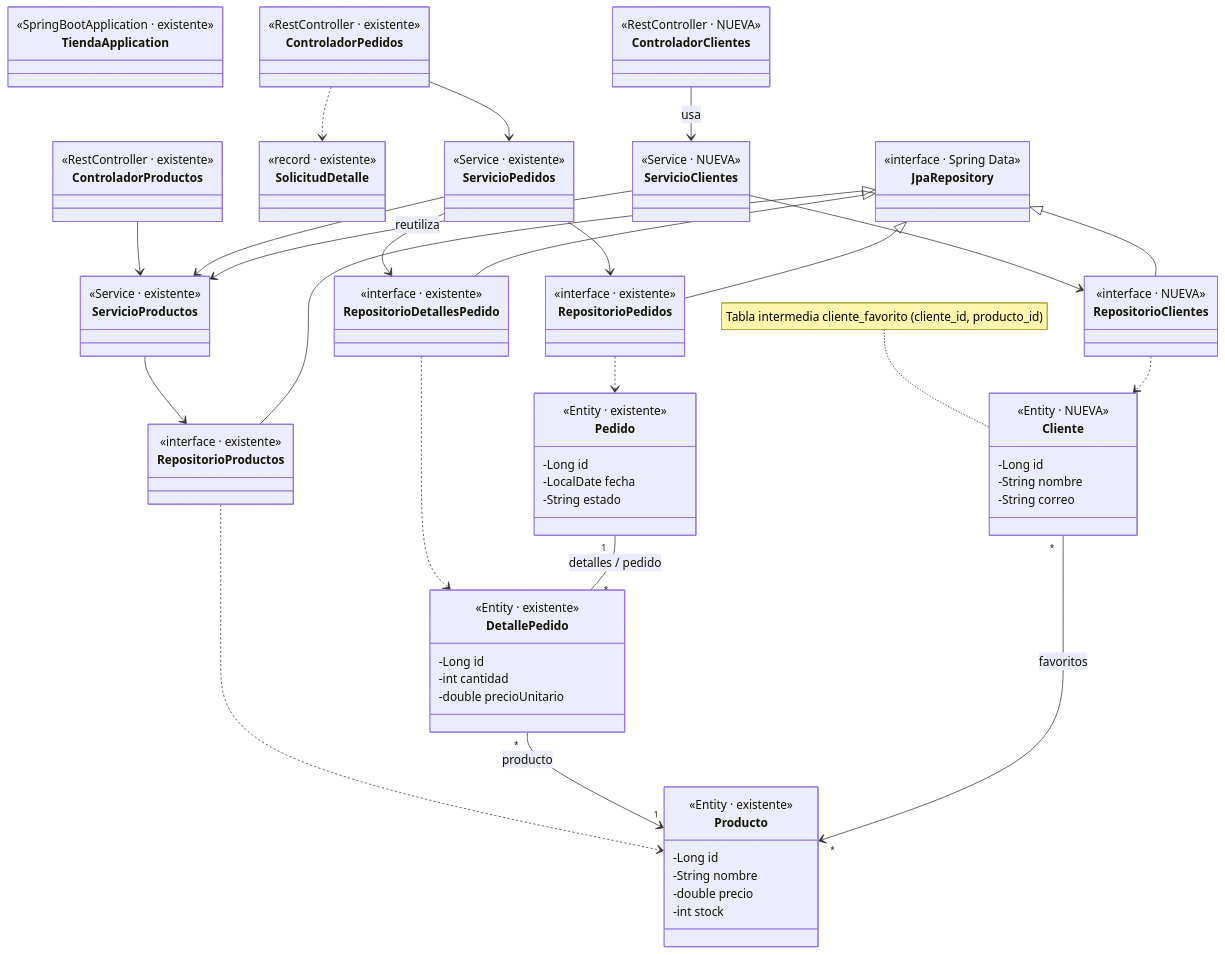
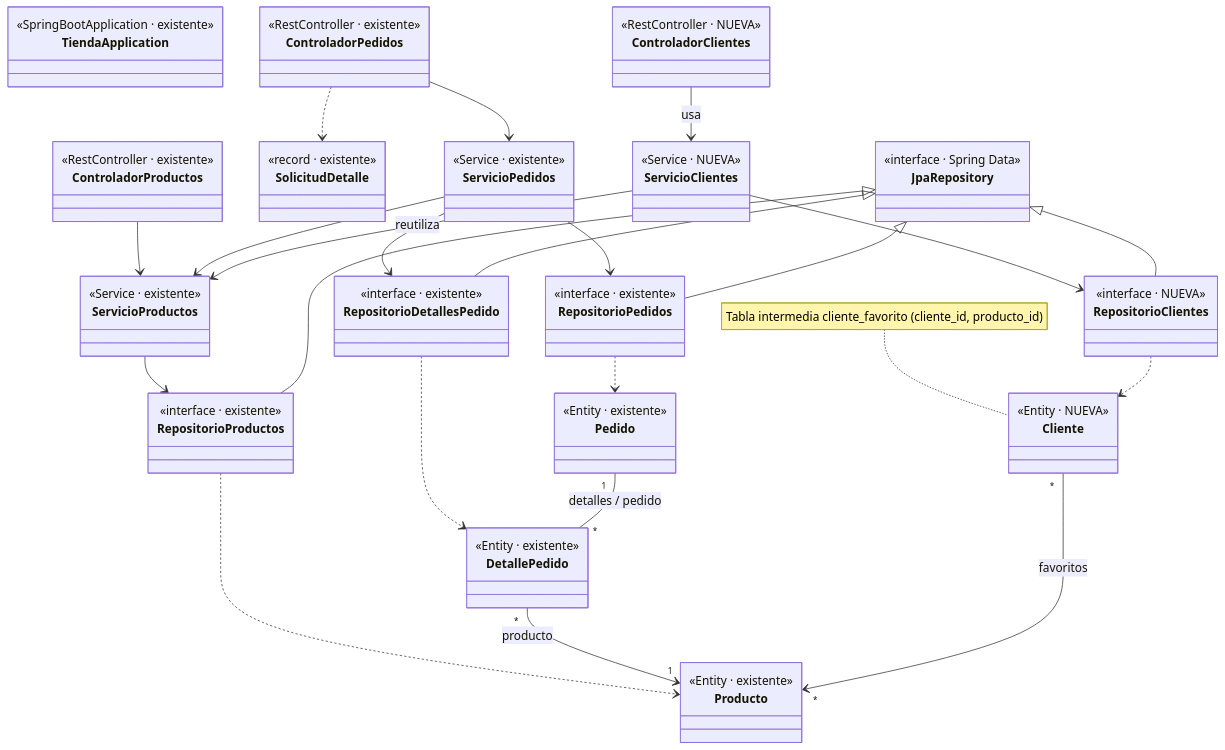
One commit to crodrigr/skill-spring-boot changed the diagram in generador-cursos/curso-spring-boot/guias/modulo-03-04/04-guia-tienda-3-muchos-a-muchos.md. Above: the diagram before and after it, drawn with Mermaid. The commit also changed 2 other files, not shown here.

```diff
--- a/generador-cursos/curso-spring-boot/guias/modulo-03-04/04-guia-tienda-3-muchos-a-muchos.md
+++ b/generador-cursos/curso-spring-boot/guias/modulo-03-04/04-guia-tienda-3-muchos-a-muchos.md
@@ -26,10 +26,6 @@
     }
     class Producto {
         <<Entity · existente>>
-        -Long id
-        -String nombre
-        -double precio
-        -int stock
     }
     class ControladorPedidos {
         <<RestController · existente>>
@@ -48,15 +44,9 @@
     }
     class Pedido {
         <<Entity · existente>>
-        -Long id
-        -LocalDate fecha
-        -String estado
     }
     class DetallePedido {
         <<Entity · existente>>
-        -Long id
-        -int cantidad
-        -double precioUnitario
     }
     class ControladorClientes {
         <<RestController · NUEVA>>
@@ -72,9 +62,6 @@
     }
     class Cliente {
         <<Entity · NUEVA>>
-        -Long id
-        -String nombre
-        -String correo
     }
 
     ControladorProductos --> ServicioProductos
```
